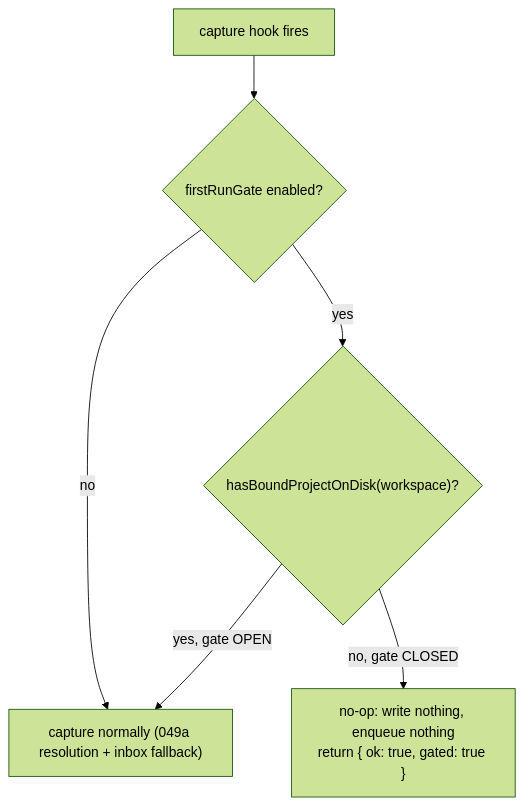
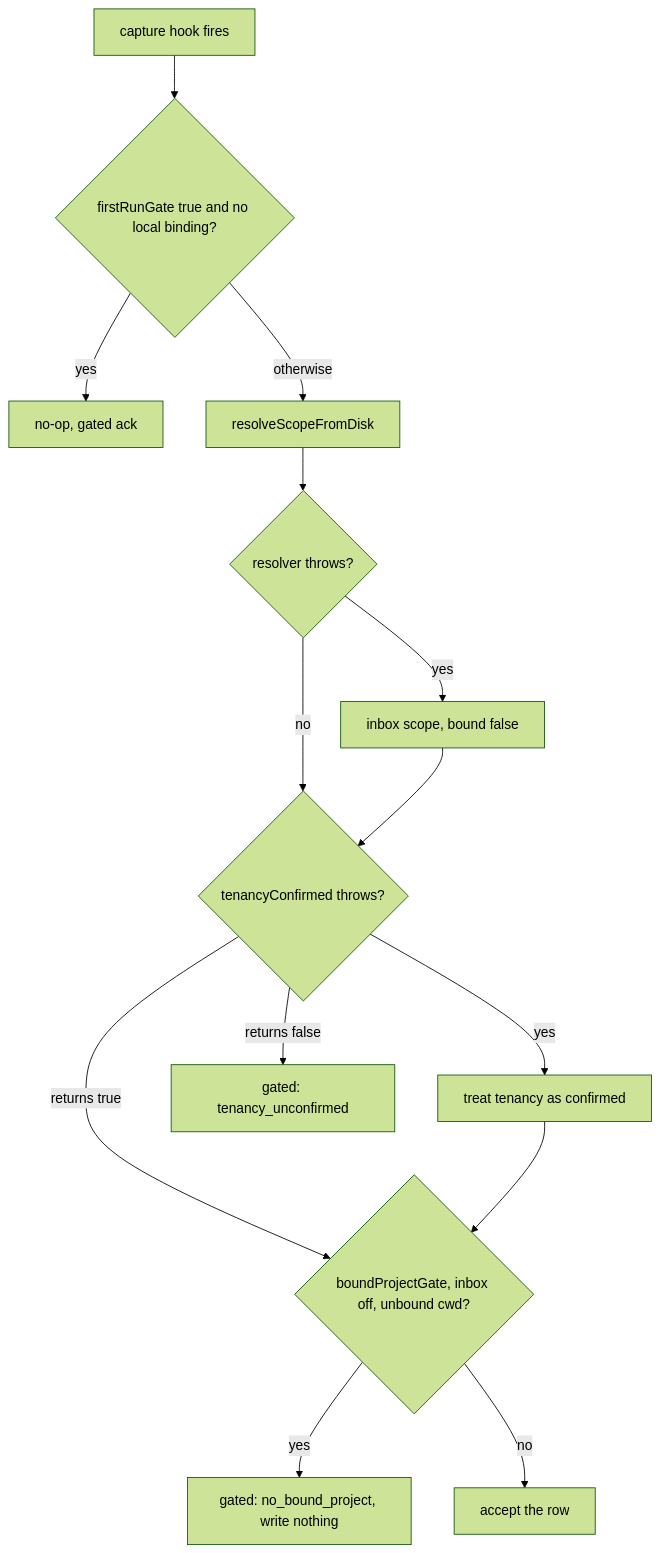
Before and after one commit to legioncodeinc/honeycomb: the second of 4 diagrams in library/knowledge/private/architecture/projects-onboarding-and-lifecycle.md, drawn with Mermaid (forest theme). The commit also changed other lines of this file and 279 other files, not shown here.

````diff
--- a/library/knowledge/private/architecture/projects-onboarding-and-lifecycle.md
+++ b/library/knowledge/private/architecture/projects-onboarding-and-lifecycle.md
@@ -64,8 +67,16 @@
 ```mermaid
 flowchart TD
-    fire["capture hook fires"] --> on{"firstRunGate enabled?"}
-    on -->|no| capture["capture normally (049a resolution + inbox fallback)"]
-    on -->|yes| bound{"hasBoundProjectOnDisk(workspace)?"}
-    bound -->|yes, gate OPEN| capture
-    bound -->|no, gate CLOSED| gated["no-op: write nothing, enqueue nothing<br/>return { ok: true, gated: true }"]
+    fire["capture hook fires"] --> fr{"firstRunGate true and no local binding?"}
+    fr -->|yes| gated["no-op, gated ack"]
+    fr -->|otherwise| resolve["resolveScopeFromDisk"]
+    resolve --> resolverThrow{"resolver throws?"}
+    resolverThrow -->|yes| inbox["inbox scope, bound false"]
+    resolverThrow -->|no| tenancy{"tenancyConfirmed throws?"}
+    tenancy -->|yes| confirmed["treat tenancy as confirmed"]
+    tenancy -->|returns false| tenGated["gated: tenancy_unconfirmed"]
+    tenancy -->|returns true| bound{"boundProjectGate, inbox off, unbound cwd?"}
+    confirmed --> bound
+    inbox --> tenancy
+    bound -->|yes| noBound["gated: no_bound_project, write nothing"]
+    bound -->|no| capture["accept the row"]
 ```
````
